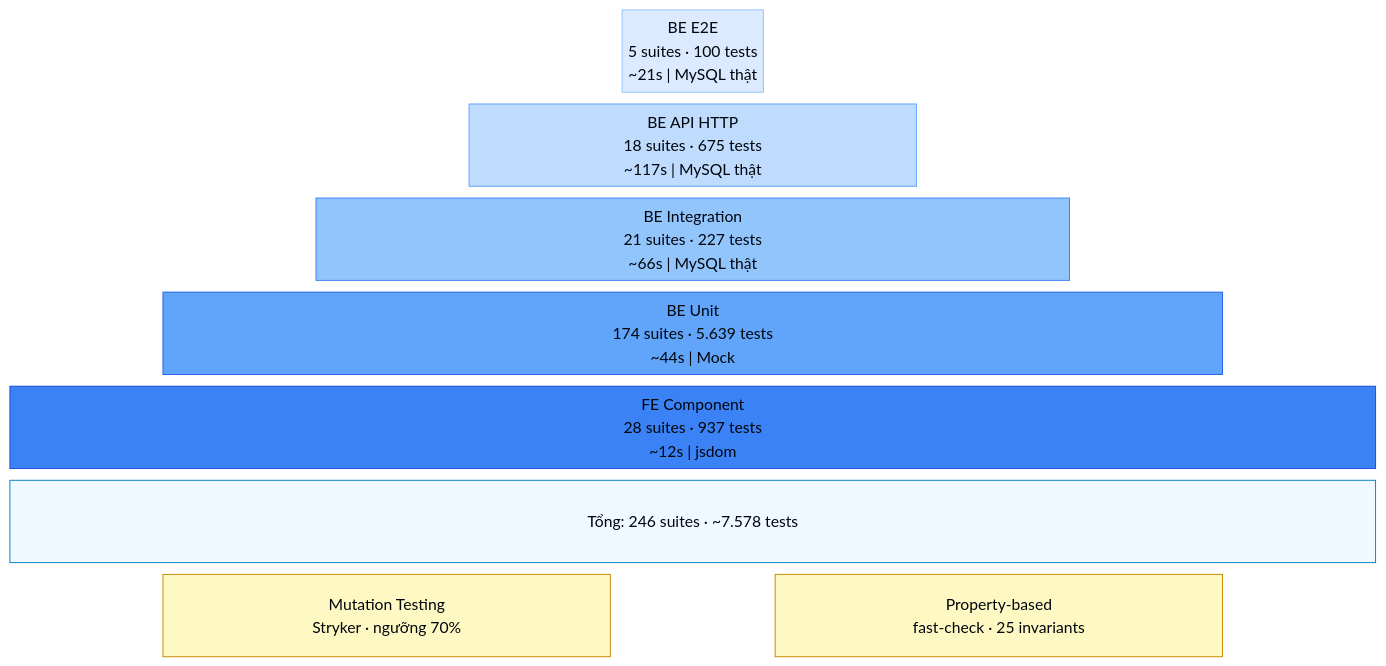
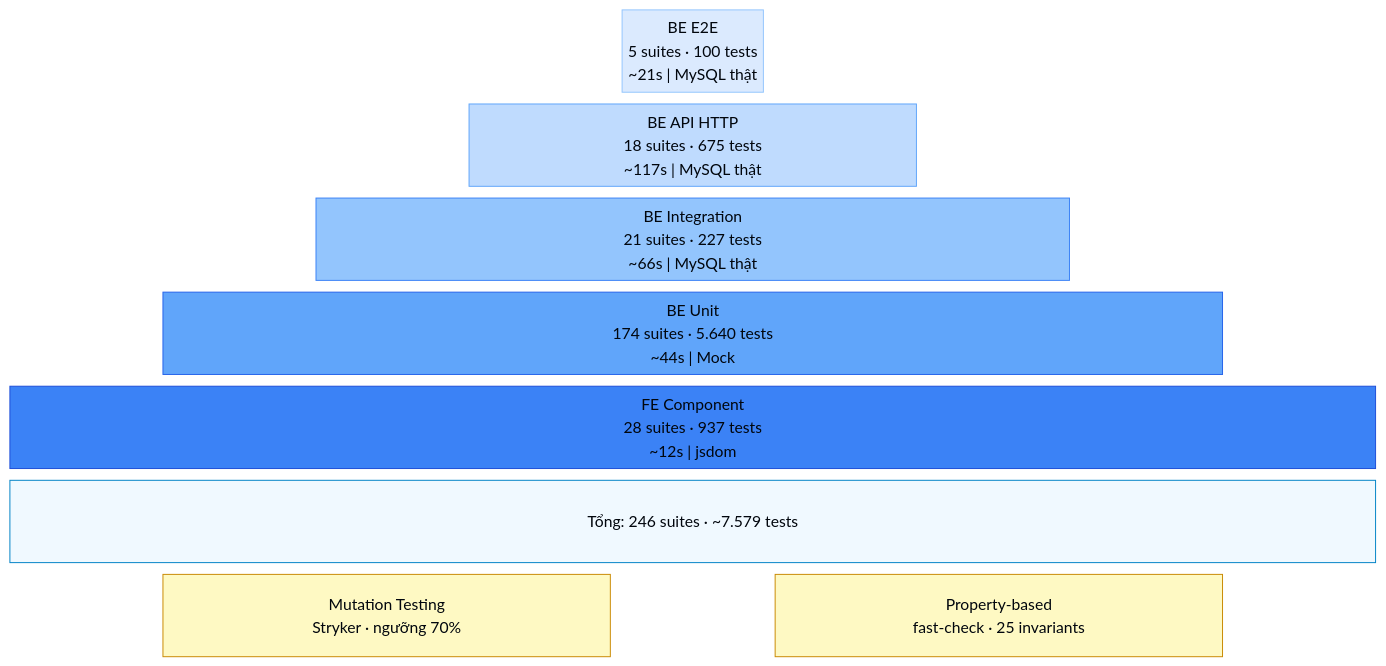
Before and after one commit to MinhThang1009/E-commerce-website: the diagram in diagrams/rag/testing-pyramid.mmd, drawn with Mermaid. The commit also changed 8 other files, not shown here.

```diff
--- a/diagrams/rag/testing-pyramid.mmd
+++ b/diagrams/rag/testing-pyramid.mmd
@@ -1,47 +1,47 @@
 %%{init: {
   'theme': 'base',
   'themeVariables': {
     'primaryColor': '#DAE8FC',
     'primaryTextColor': '#000000',
     'primaryBorderColor': '#6C8EBF',
     'lineColor': '#4D4D4D'
   },
   'block': {'padding': 12}
 }}%%
 block-beta
   columns 9
 
   space:4
   E2E["BE E2E\n5 suites · 100 tests\n~21s | MySQL thật"]:1
   space:4
 
   space:3
   API["BE API HTTP\n18 suites · 675 tests\n~117s | MySQL thật"]:3
   space:3
 
   space:2
   INT["BE Integration\n21 suites · 227 tests\n~66s | MySQL thật"]:5
   space:2
 
   space:1
-  UNIT["BE Unit\n174 suites · 5.639 tests\n~44s | Mock"]:7
+  UNIT["BE Unit\n174 suites · 5.640 tests\n~44s | Mock"]:7
   space:1
 
   FE["FE Component\n28 suites · 937 tests\n~12s | jsdom"]:9
 
-  TOTAL["Tổng: 246 suites · ~7.578 tests"]:9
+  TOTAL["Tổng: 246 suites · ~7.579 tests"]:9
 
   space:1
   MUT["Mutation Testing\nStryker · ngưỡng 70%"]:3
   space:1
   PROP["Property-based\nfast-check · 25 invariants"]:3
   space:1
 
   style E2E fill:#dbeafe,stroke:#93c5fd
   style API fill:#bfdbfe,stroke:#60a5fa
   style INT fill:#93c5fd,stroke:#3b82f6
   style UNIT fill:#60a5fa,stroke:#2563eb
   style FE fill:#3b82f6,stroke:#1d4ed8,color:#ffffff
   style TOTAL fill:#f0f9ff,stroke:#0284c7
   style MUT fill:#fef9c3,stroke:#ca8a04
   style PROP fill:#fef9c3,stroke:#ca8a04
```
